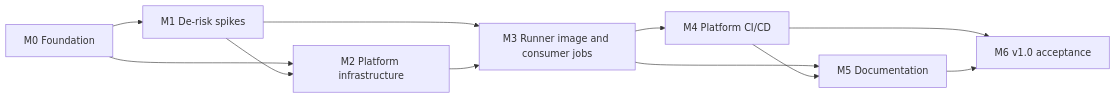
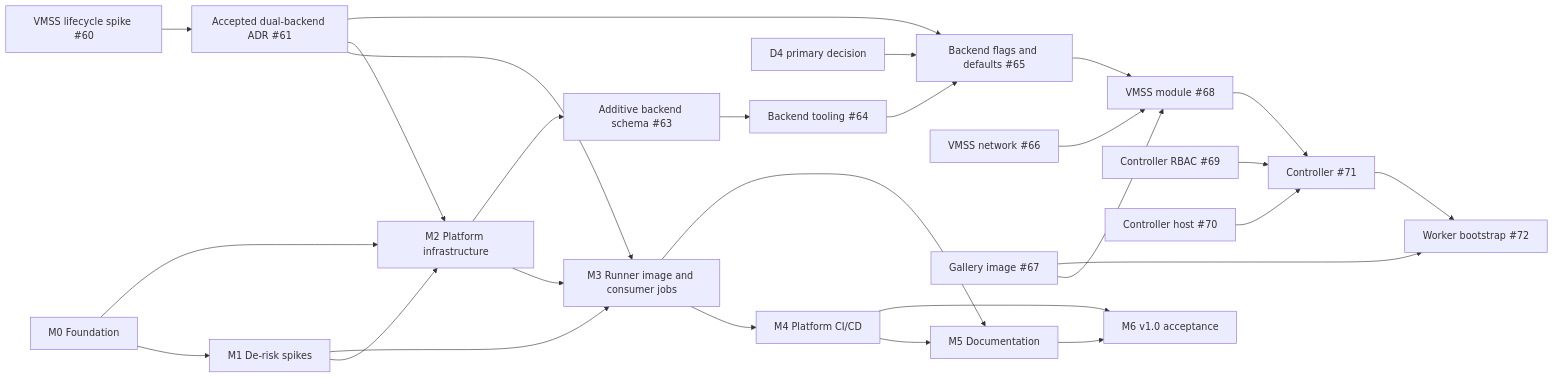
Before and after one commit to jonathan-vella/azure-gh-runners: the diagram in docs/roadmap.md, drawn with Mermaid. The commit also changed other lines of this file and 1 other file, not shown here.

First line of the commit message:
docs: plan dual-backend runner work

````diff
--- a/docs/roadmap.md
+++ b/docs/roadmap.md
@@ -6,13 +7,29 @@
 ```mermaid
 graph LR
   M0[M0 Foundation] --> M1[M1 De-risk spikes]
   M0 --> M2[M2 Platform infrastructure]
   M1 --> M2
   M1 --> M3[M3 Runner image and consumer jobs]
   M2 --> M3
+  S60[VMSS lifecycle spike #60] --> A61[Accepted dual-backend ADR #61]
+  A61 --> M3
+  A61 --> M2
+  M2 --> N63[Additive backend schema #63]
+  N63 --> T64[Backend tooling #64]
+  D4[D4 primary decision] --> F65[Backend flags and defaults #65]
+  A61 --> F65
+  T64 --> F65
+  F65 --> V68[VMSS module #68]
+  N66[VMSS network #66] --> V68
+  I67[Gallery image #67] --> V68
+  V68 --> C71[Controller #71]
+  RB69[Controller RBAC #69] --> C71
+  H70[Controller host #70] --> C71
+  I67 --> W72[Worker bootstrap #72]
+  C71 --> W72
   M3 --> M4[M4 Platform CI/CD]
   M3 --> M5[M5 Documentation]
   M4 --> M5
   M4 --> M6[M6 v1.0 acceptance]
   M5 --> M6
 ```
````
